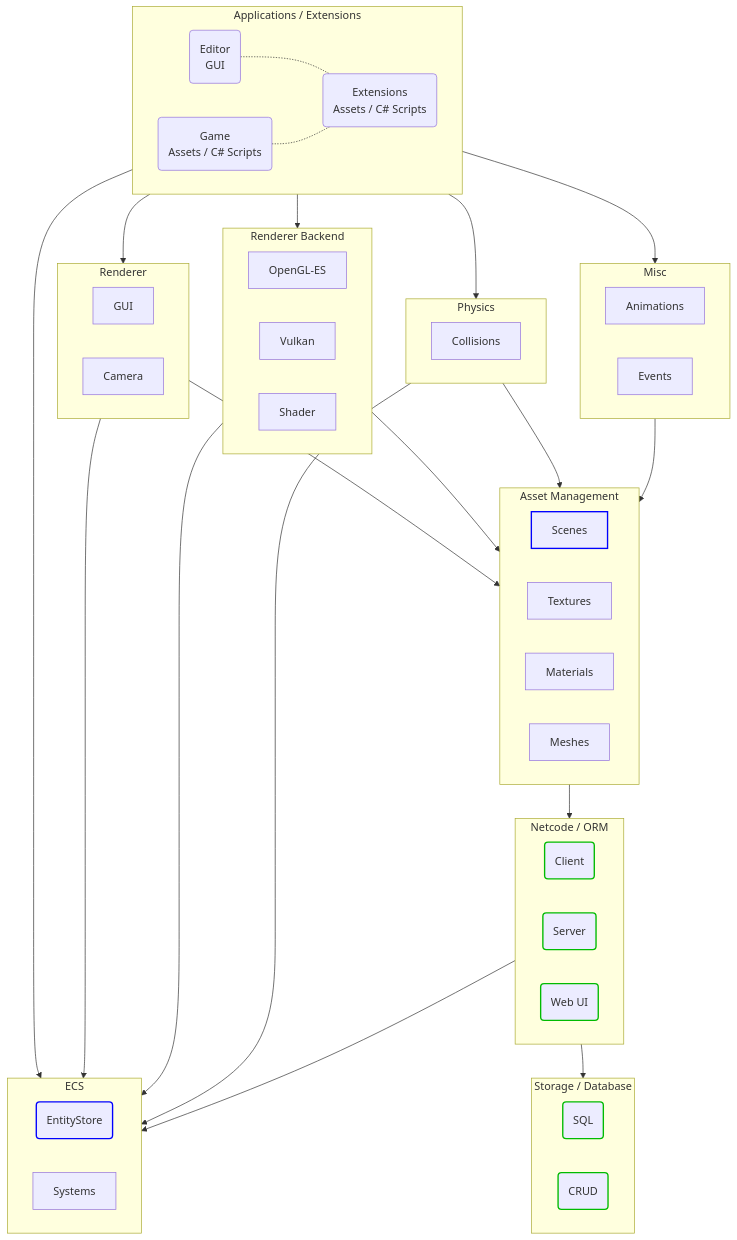
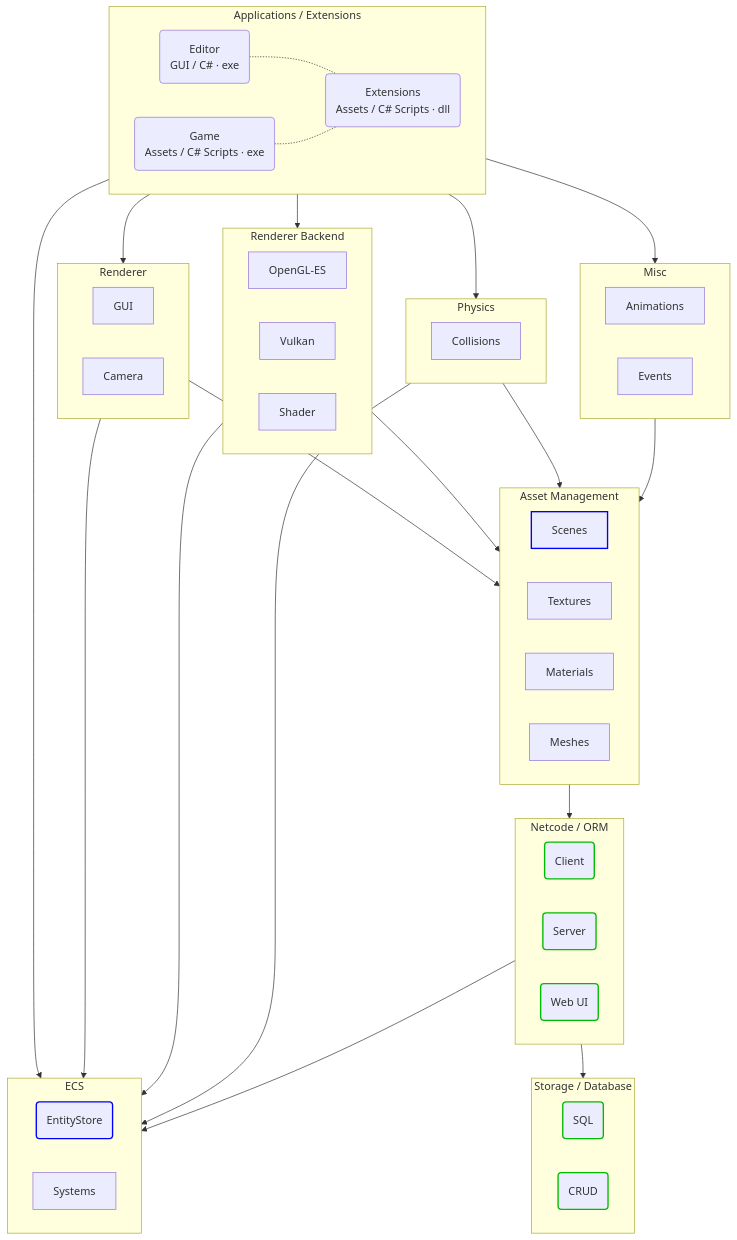
Before and after one commit to friflo/Friflo.Json.Fliox: the first of 3 diagrams in Engine/README.md, drawn with Mermaid.

Commit message:
Engine - update architecture diagram

````diff
--- a/Engine/README.md
+++ b/Engine/README.md
@@ -26,78 +26,78 @@
 ```mermaid
   graph TD;
     classDef finished       stroke:#0b0,stroke-width:2px;
     classDef implemented    stroke:#00f,stroke-width:2px;
 
     subgraph Applications[Applications / Extensions];
-        Editor(Editor<br/>GUI);
-        Game(Game<br/>Assets / C# Scripts);
-        Extensions(Extensions<br/>Assets / C# Scripts);
+        Editor(Editor<br/>GUI / C# · exe);
+        Game(Game<br/>Assets / C# Scripts · exe);
+        Extensions(Extensions<br/>Assets / C# Scripts · dll);
     end
 
     Editor  -.-Extensions;
     Game    -.-Extensions;
 
     subgraph Renderer;
         GUI
         Camera
     end
 
     subgraph Backend[Renderer Backend];
         OpenGL-ES
         Vulkan
         Shader
     end
 
     subgraph Physics;
         Collisions
     end
     
     subgraph Misc;
         Animations
         Events
     end
 
     subgraph Assets[Asset Management];
         Scenes:::implemented
         Textures
         Materials
         Meshes
         Animations
     end
 
     subgraph Netcode[Netcode / ORM];
         Client(Client):::finished
         Server(Server):::finished
         WebUI(Web UI):::finished
     end
 
     subgraph Storage[Storage / Database];
         SQL(SQL):::finished
         CRUD(CRUD):::finished
     end
 
     subgraph ECS;
         EntityStore(EntityStore):::implemented
         Systems
     end
 
     Applications    -->Renderer
     Applications    -->Backend
     Applications    -->Physics
     Applications    -->Misc
     Applications    -->ECS
 
     Assets      -->Netcode
 
     Renderer    -->Assets
     Backend     -->Assets
     Physics     -->Assets
     Misc        -->Assets
 
     Renderer    -->ECS
     Backend     -->ECS
     Physics     -->ECS
     Netcode     -->ECS
 
     Netcode     -->Storage
 ```
````
